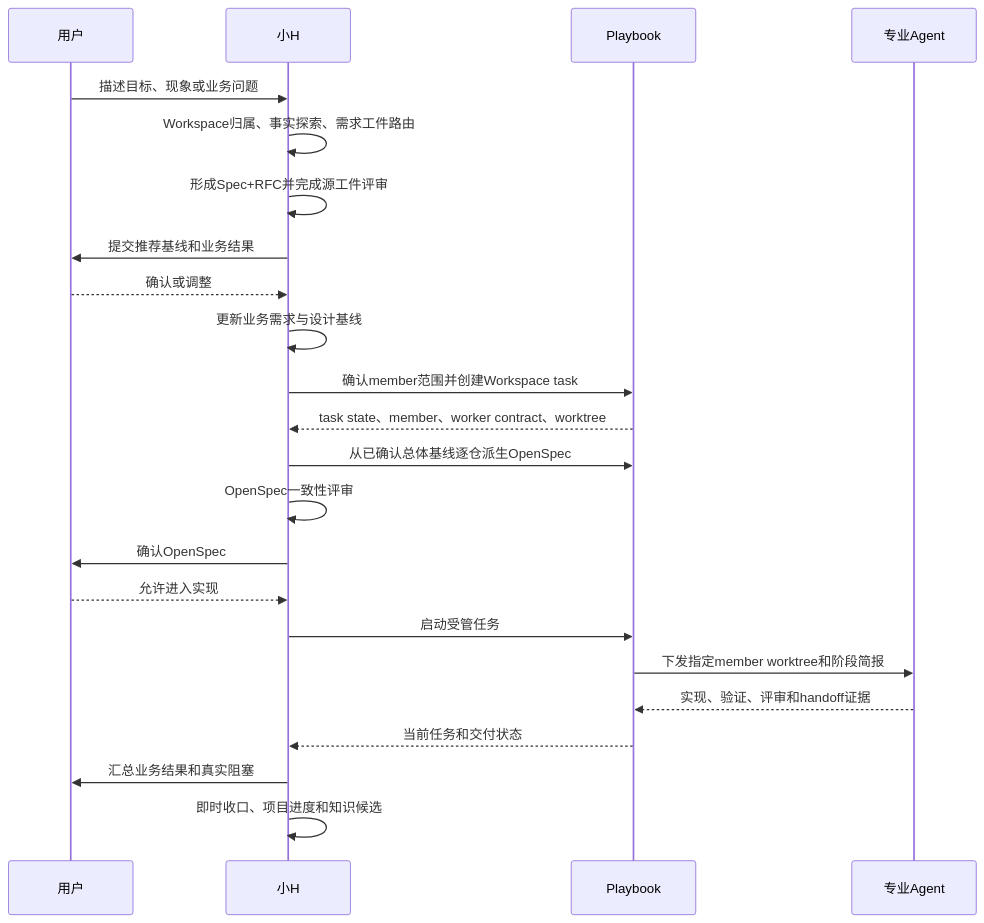
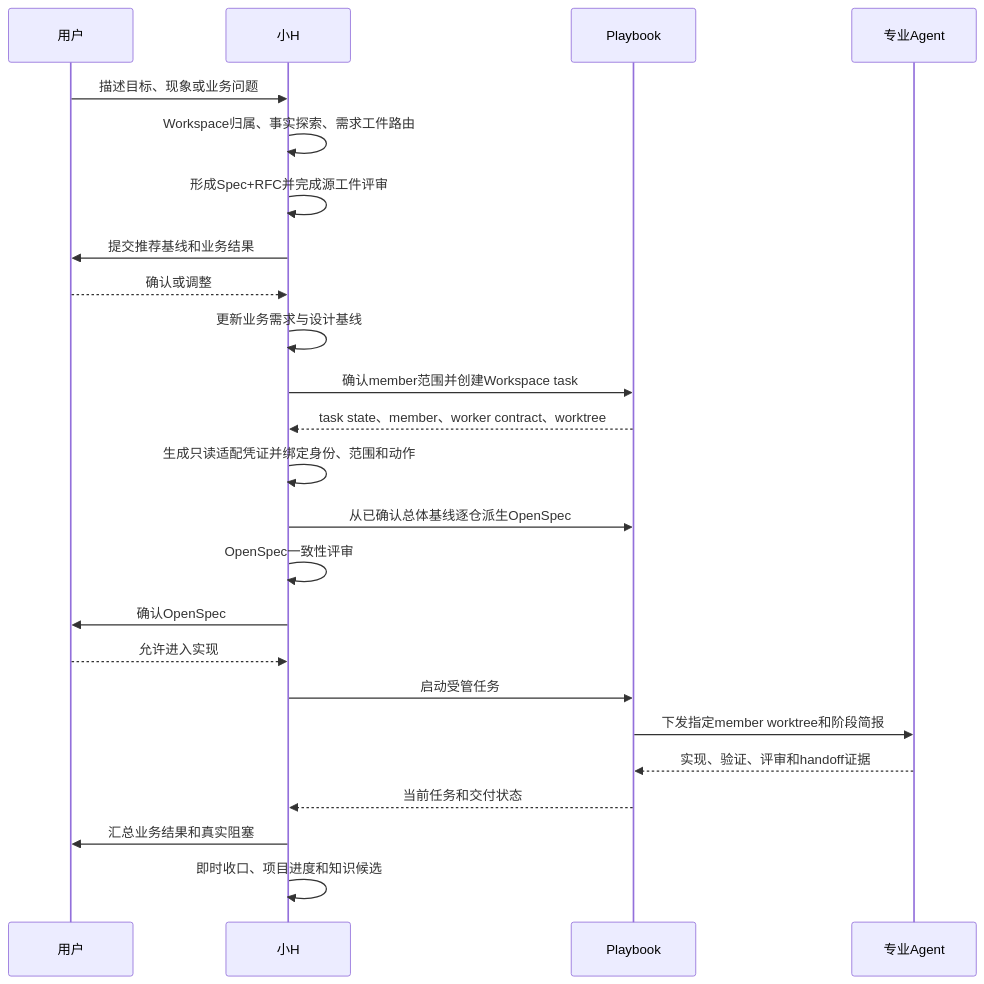
Before and after one commit to winnnnnnk/littleH: the diagram in docs/xiaoh-playbook-relationship.md, drawn with Mermaid. The commit also changed other lines of this file and 27 other files, not shown here.

````diff
--- a/docs/xiaoh-playbook-relationship.md
+++ b/docs/xiaoh-playbook-relationship.md
@@ -69,26 +79,27 @@
 ```mermaid
 sequenceDiagram
     participant U as 用户
     participant H as 小H
     participant P as Playbook
     participant A as 专业Agent
 
     U->>H: 描述目标、现象或业务问题
     H->>H: Workspace归属、事实探索、需求工件路由
     H->>H: 形成Spec+RFC并完成源工件评审
     H->>U: 提交推荐基线和业务结果
     U-->>H: 确认或调整
     H->>H: 更新业务需求与设计基线
     H->>P: 确认member范围并创建Workspace task
     P-->>H: task state、member、worker contract、worktree
+    H->>H: 生成只读适配凭证并绑定身份、范围和动作
     H->>P: 从已确认总体基线逐仓派生OpenSpec
     H->>H: OpenSpec一致性评审
     H->>U: 确认OpenSpec
     U-->>H: 允许进入实现
     H->>P: 启动受管任务
     P->>A: 下发指定member worktree和阶段简报
     A-->>P: 实现、验证、评审和handoff证据
     P-->>H: 当前任务和交付状态
     H->>U: 汇总业务结果和真实阻塞
     H->>H: 即时收口、项目进度和知识候选
 ```
````
